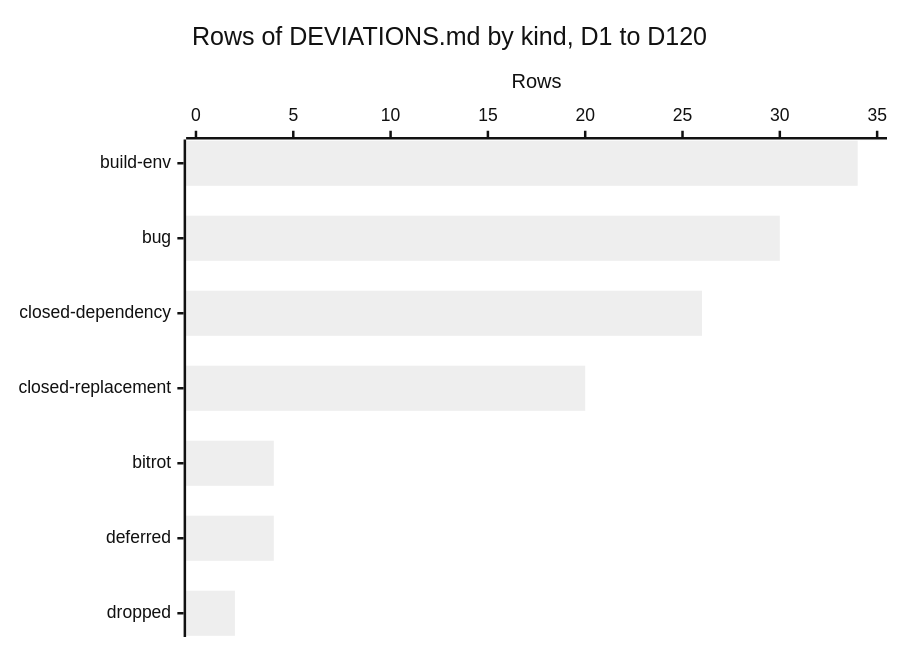
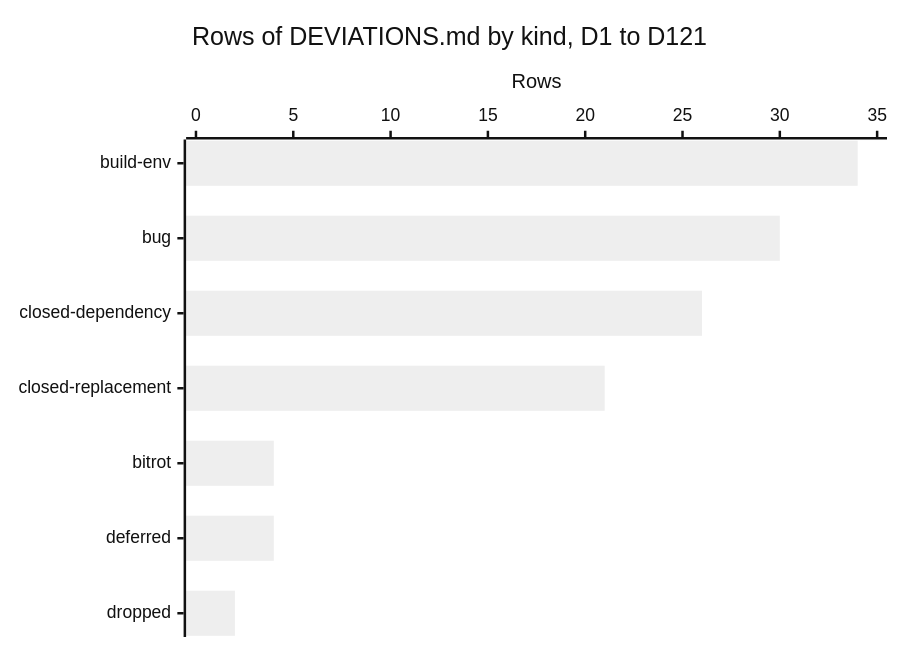
Before and after one commit to nyg/PowerDarwin: the first of 2 diagrams in docs/src/synthesis/kinds-of-deviation.md, drawn with Mermaid (neutral theme). The commit also changed other lines of this file and 14 other files, not shown here.

````diff
--- a/docs/src/synthesis/kinds-of-deviation.md
+++ b/docs/src/synthesis/kinds-of-deviation.md
@@ -27,7 +27,7 @@
 ```mermaid
 xychart-beta horizontal
-    title "Rows of DEVIATIONS.md by kind, D1 to D120"
+    title "Rows of DEVIATIONS.md by kind, D1 to D121"
     x-axis ["build-env", "bug", "closed-dependency", "closed-replacement", "bitrot", "deferred", "dropped"]
     y-axis "Rows" 0 --> 35
-    bar [34, 30, 26, 20, 4, 4, 2]
+    bar [34, 30, 26, 21, 4, 4, 2]
 ```
````
